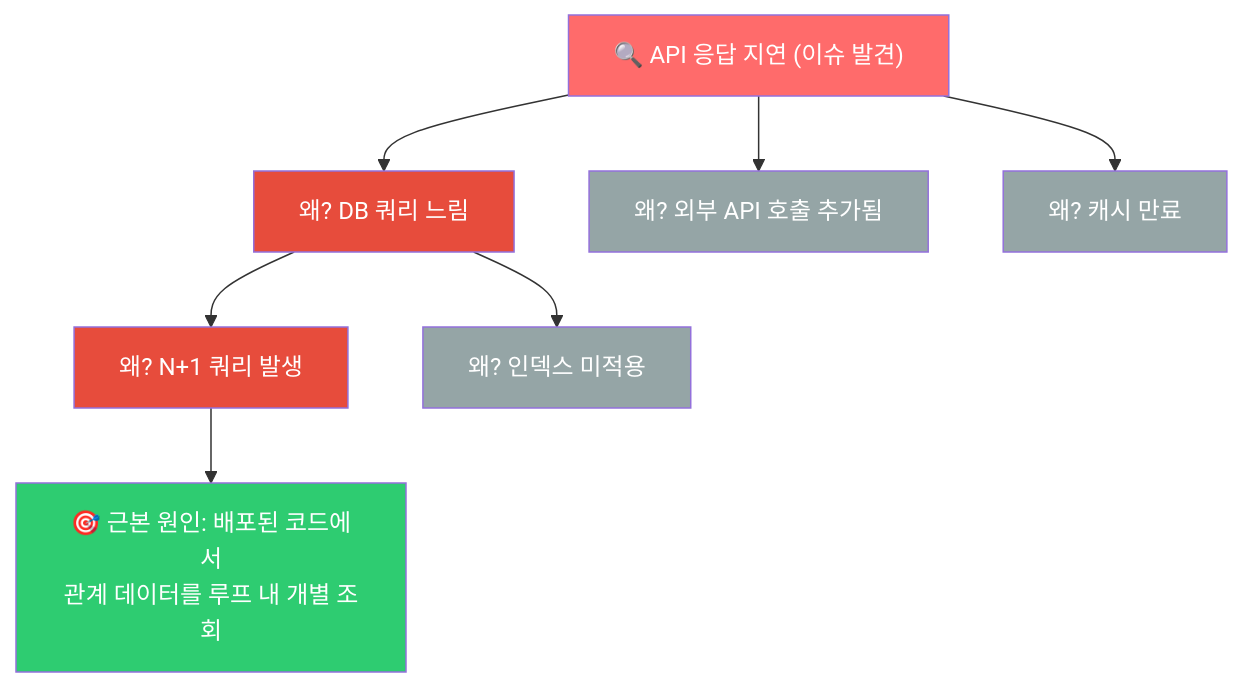
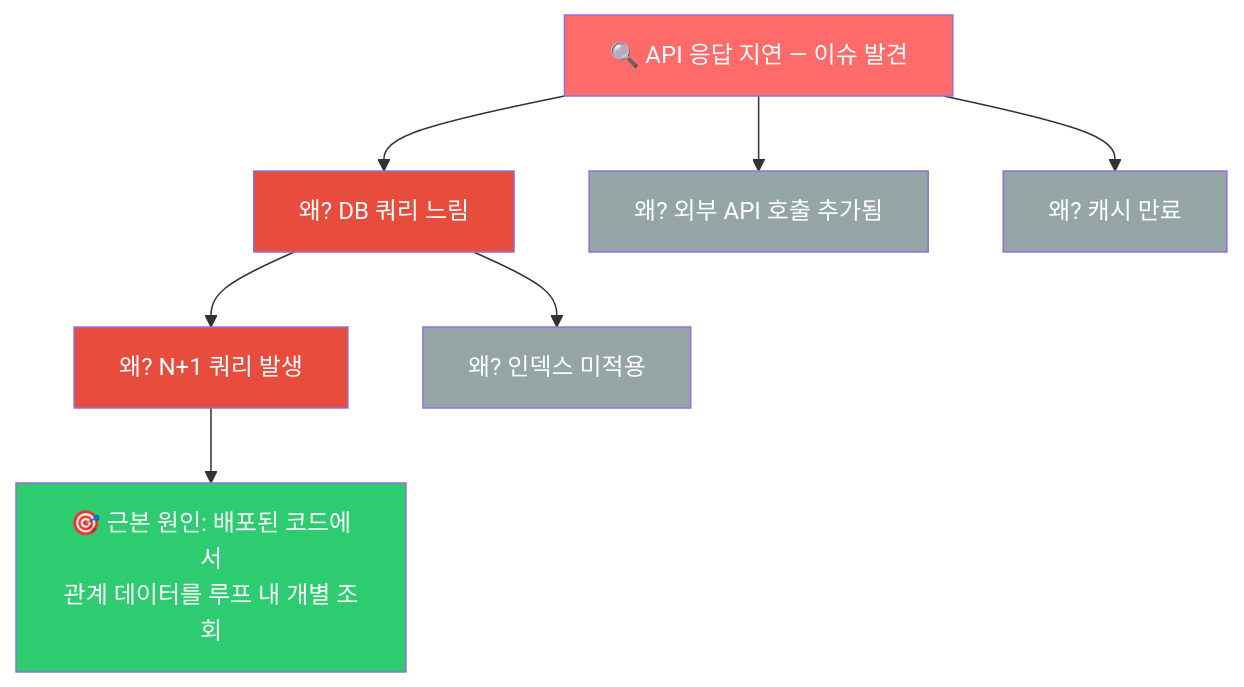
One commit to jeong3047/mece-diagnostic changed the third of 4 diagrams in README.md. Above: the diagram before and after it, drawn with Mermaid. The commit also changed other lines of this file, not shown here.

````diff
--- a/README.md
+++ b/README.md
@@ -123,20 +180,20 @@
 ```mermaid
 graph TD
-    P["🔍 API 응답 지연 (이슈 발견)"]
+    P["🔍 API 응답 지연 — 이슈 발견"]
     P --> W1["왜? DB 쿼리 느림"]
     P --> W2["왜? 외부 API 호출 추가됨"]
     P --> W3["왜? 캐시 만료"]
 
     W1 --> W1a["왜? N+1 쿼리 발생"]
     W1 --> W1b["왜? 인덱스 미적용"]
 
     W1a --> ROOT["🎯 근본 원인: 배포된 코드에서<br/>관계 데이터를 루프 내 개별 조회"]
 
     style P fill:#ff6b6b,color:#fff
     style ROOT fill:#2ecc71,color:#fff
     style W1 fill:#e74c3c,color:#fff
     style W2 fill:#95a5a6,color:#fff
     style W3 fill:#95a5a6,color:#fff
     style W1a fill:#e74c3c,color:#fff
     style W1b fill:#95a5a6,color:#fff
 ```
````
